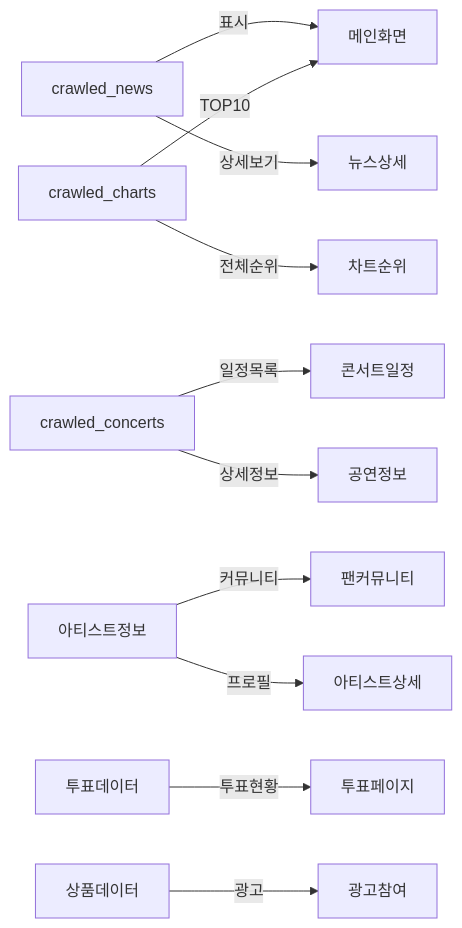
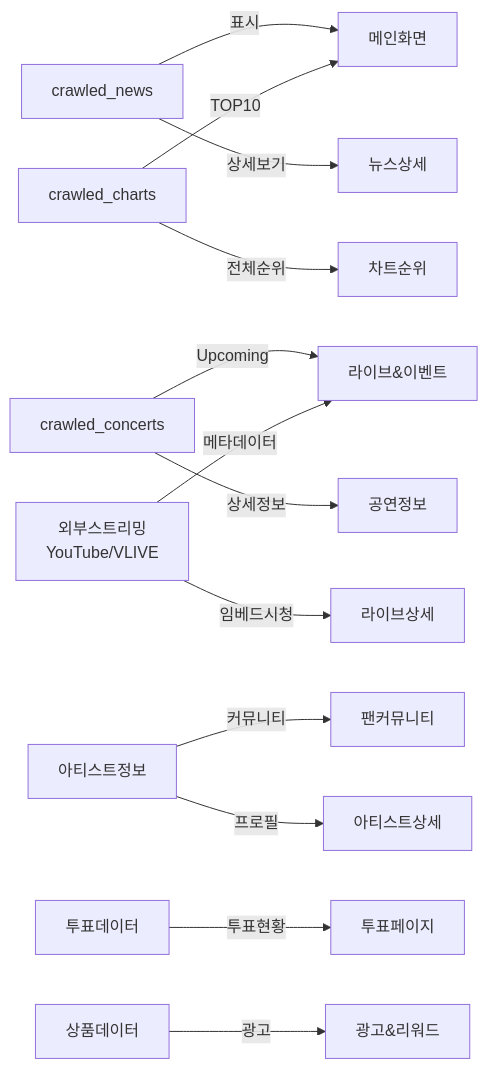
The diagram in document/크롤링.md (jskjw157/FanPulse), drawn with Mermaid before and after one commit. The commit also changed other lines of this file and 4 other files, not shown here.

Commit message:
refactor: update documentation to enhance clarity and consistency across various sections, including screen definitions, navigation flow, and integration of new features such as live streaming and error handling. Consolidate concert schedule and membership sections for improved user experience.

````diff
--- a/document/크롤링.md
+++ b/document/크롤링.md
@@ -100,18 +112,21 @@
 ```mermaid
 flowchart LR
     CrawledNews[crawled_news] -->|표시| H001[메인화면]
     CrawledNews -->|상세보기| H011[뉴스상세]
-    
+
     CrawledCharts[crawled_charts] -->|TOP10| H001
     CrawledCharts -->|전체순위| H005[차트순위]
-    
-    CrawledConcerts[crawled_concerts] -->|일정목록| H007[콘서트일정]
+
+    CrawledConcerts[crawled_concerts] -->|Upcoming| H006[라이브&이벤트]
     CrawledConcerts -->|상세정보| H015[공연정보]
-    
+
+    ExternalStream[외부스트리밍<br>YouTube/VLIVE] -->|메타데이터| H006
+    ExternalStream -->|임베드시청| H019[라이브상세]
+
     ArtistInfo[아티스트정보] -->|커뮤니티| H003[팬커뮤니티]
     ArtistInfo -->|프로필| H014[아티스트상세]
-    
+
     VoteData[투표데이터] -->|투표현황| H004[투표페이지]
-    
-    ProductData[상품데이터] -->|광고| H008[광고참여]
+
+    ProductData[상품데이터] -->|광고| H008[광고&리워드]
 ```
````
